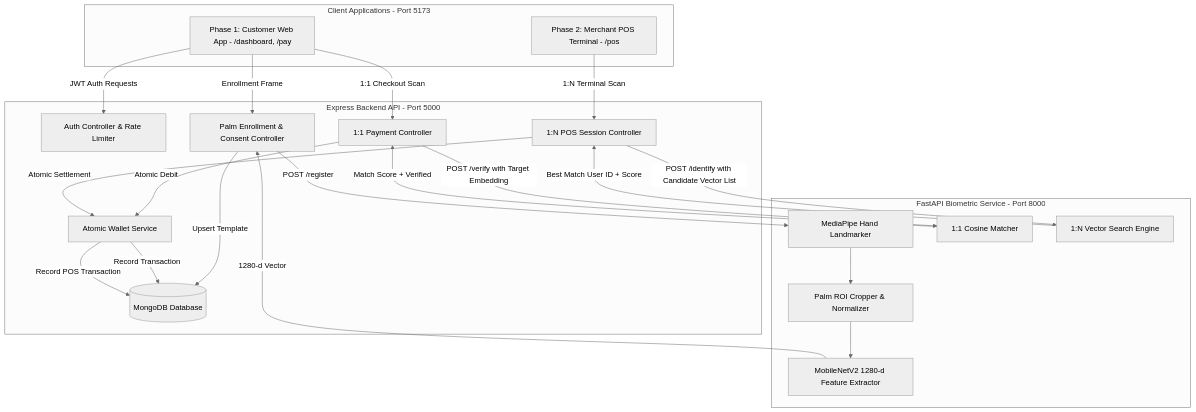
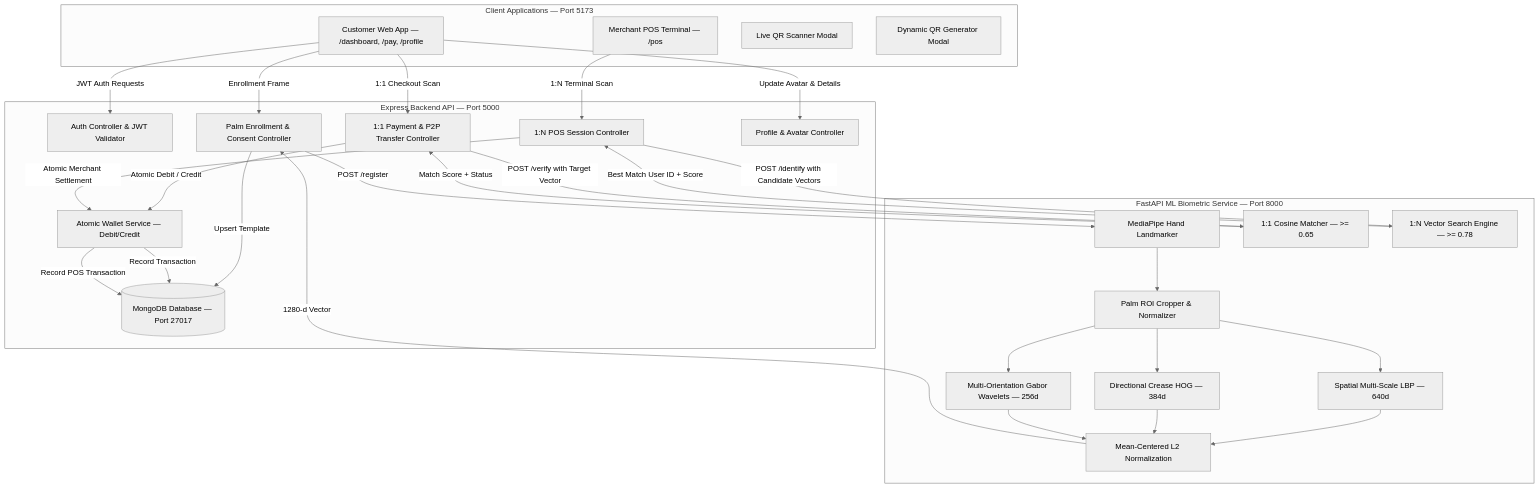
One commit to mpsinghmandawariya/palm_frontend changed the diagram in README.md. Above: the diagram before and after it, drawn with Mermaid (neutral theme). The commit also changed other lines of this file and 34 other files, not shown here.

````diff
--- a/README.md
+++ b/README.md
@@ -56,41 +54,48 @@
 ```mermaid
 flowchart TD
-    subgraph ClientLayer [Client Applications - Port 5173]
-        CustomerApp[Phase 1: Customer Web App - /dashboard, /pay]
-        MerchantPOS[Phase 2: Merchant POS Terminal - /pos]
+    subgraph ClientLayer [Client Applications — Port 5173]
+        CustomerApp[Customer Web App — /dashboard, /pay, /profile]
+        MerchantPOS[Merchant POS Terminal — /pos]
+        QRScanner[Live QR Scanner Modal]
+        ReceiveQR[Dynamic QR Generator Modal]
     end
 
-    subgraph BackendLayer [Express Backend API - Port 5000]
-        AuthCtrl[Auth Controller & Rate Limiter]
+    subgraph BackendLayer [Express Backend API — Port 5000]
+        AuthCtrl[Auth Controller & JWT Validator]
         PalmCtrl[Palm Enrollment & Consent Controller]
-        PayCtrl[1:1 Payment Controller]
+        PayCtrl[1:1 Payment & P2P Transfer Controller]
         POSCtrl[1:N POS Session Controller]
-        WalletSvc[Atomic Wallet Service]
-        DB[(MongoDB Database)]
+        ProfileCtrl[Profile & Avatar Controller]
+        WalletSvc[Atomic Wallet Service — Debit/Credit]
+        DB[(MongoDB Database — Port 27017)]
     end
 
-    subgraph MLEngineLayer [FastAPI Biometric Service - Port 8000]
+    subgraph MLEngineLayer [FastAPI ML Biometric Service — Port 8000]
         MP[MediaPipe Hand Landmarker]
         Crop[Palm ROI Cropper & Normalizer]
-        MN[MobileNetV2 1280-d Feature Extractor]
-        VerifyEngine[1:1 Cosine Matcher]
-        IdentifyEngine[1:N Vector Search Engine]
+        LBP[Spatial Multi-Scale LBP — 640d]
+        HOG[Directional Crease HOG — 384d]
+        Gabor[Multi-Orientation Gabor Wavelets — 256d]
+        Norm[Mean-Centered L2 Normalization]
+        VerifyEngine[1:1 Cosine Matcher — >= 0.65]
+        IdentifyEngine[1:N Vector Search Engine — >= 0.78]
     end
 
     CustomerApp -->|JWT Auth Requests| AuthCtrl
     CustomerApp -->|Enrollment Frame| PalmCtrl
     CustomerApp -->|1:1 Checkout Scan| PayCtrl
+    CustomerApp -->|Update Avatar & Details| ProfileCtrl
     MerchantPOS -->|1:N Terminal Scan| POSCtrl
 
-    PalmCtrl -->|POST /register| MP --> Crop --> MN -->|1280-d Vector| PalmCtrl
+    PalmCtrl -->|POST /register| MP --> Crop --> LBP & HOG & Gabor --> Norm -->|1280-d Vector| PalmCtrl
     PalmCtrl -->|Upsert Template| DB
 
-    PayCtrl -->|POST /verify with Target Embedding| VerifyEngine
-    POSCtrl -->|POST /identify with Candidate Vector List| IdentifyEngine
+    PayCtrl -->|POST /verify with Target Vector| VerifyEngine
+    POSCtrl -->|POST /identify with Candidate Vectors| IdentifyEngine
 
-    VerifyEngine -->|Match Score + Verified| PayCtrl
+    VerifyEngine -->|Match Score + Status| PayCtrl
     IdentifyEngine -->|Best Match User ID + Score| POSCtrl
 
-    PayCtrl -->|Atomic Debit| WalletSvc -->|Record Transaction| DB
-    POSCtrl -->|Atomic Settlement| WalletSvc -->|Record POS Transaction| DB
+    PayCtrl -->|Atomic Debit / Credit| WalletSvc -->|Record Transaction| DB
+    POSCtrl -->|Atomic Merchant Settlement| WalletSvc -->|Record POS Transaction| DB
 ```
````
